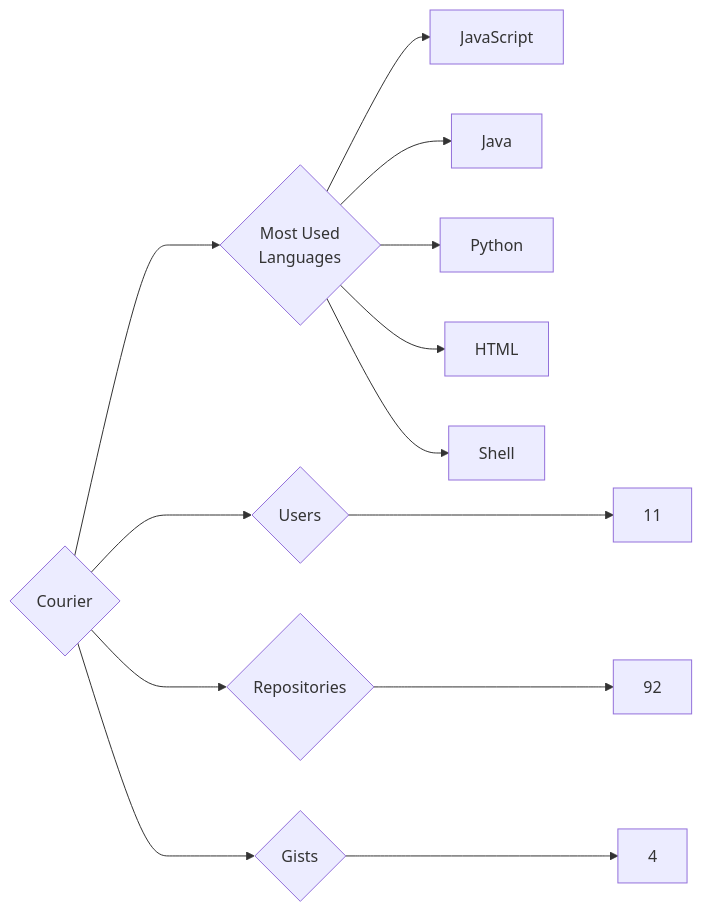
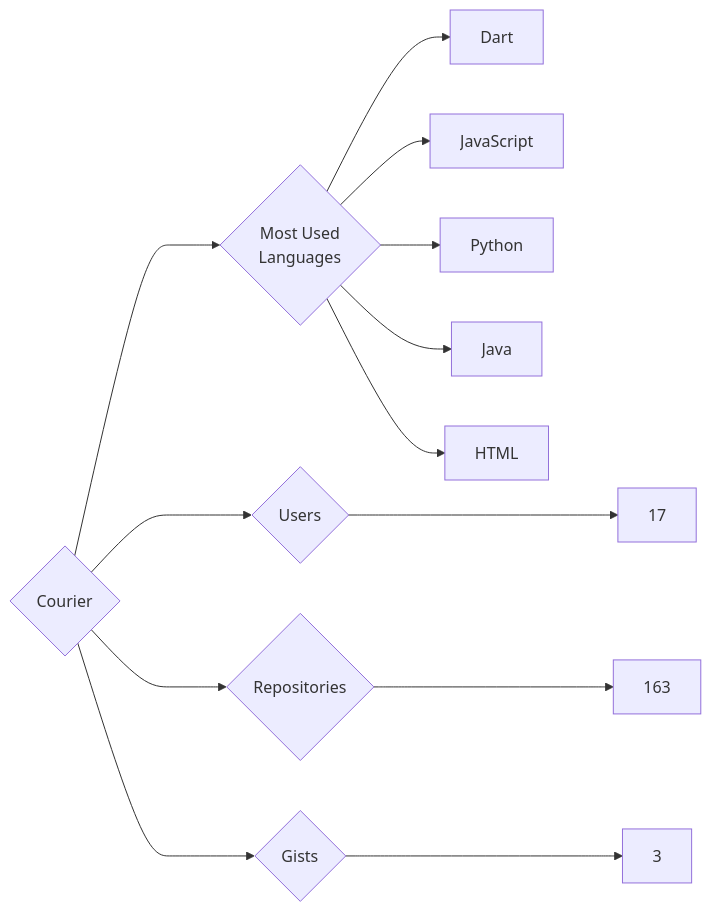
The diagram in targets/Courier/README.md (trickest/insiders), drawn with Mermaid before and after one commit. The commit also changed 826 other files, not shown here.

````diff
--- a/targets/Courier/README.md
+++ b/targets/Courier/README.md
@@ -3,13 +3,13 @@
 ```mermaid
 graph LR
 COMPANY_NAME{Courier}
-COMPANY_NAME ---> U{Users} ---> UN[11]
-COMPANY_NAME ---> R{Repositories} ---> RN[92]
-COMPANY_NAME ---> G{Gists} ---> GN[4]
+COMPANY_NAME ---> U{Users} ---> UN[17]
+COMPANY_NAME ---> R{Repositories} ---> RN[163]
+COMPANY_NAME ---> G{Gists} ---> GN[3]
 COMPANY_NAME ---> ML{Most Used<br>Languages}
+ML --> Dart[Dart]
 ML --> JavaScript[JavaScript]
+ML --> Python[Python]
 ML --> Java[Java]
-ML --> Python[Python]
 ML --> HTML[HTML]
-ML --> Shell[Shell]
 ```
````
